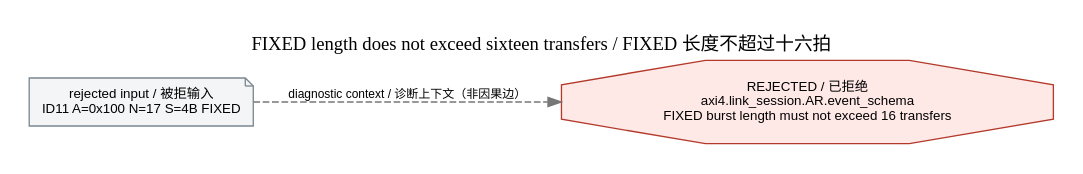
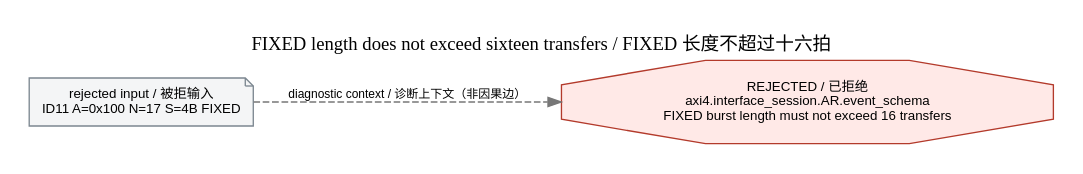
Before and after one commit to WhiteDeerPro/PROTOCOL_MODEL: the diagram in showcase/generated/axi4/sources/cases/read-fixed-seventeen-illegal/causality.dot, drawn with Graphviz. The commit also changed 755 other files, not shown here.

```diff
--- a/showcase/generated/axi4/sources/cases/read-fixed-seventeen-illegal/causality.dot
+++ b/showcase/generated/axi4/sources/cases/read-fixed-seventeen-illegal/causality.dot
@@ -1,11 +1,11 @@
 digraph axi4_case {
   rankdir=LR;
   label="FIXED length does not exceed sixteen transfers / FIXED 长度不超过十六拍";
   labelloc="t";
   graph [bgcolor="white", nodesep=0.4, ranksep=0.65, splines=polyline, pad=0.2];
   node [shape=box, style="rounded,filled", fillcolor="#eef5ff", color="#3169a8", fontname="sans-serif", fontsize=10];
   edge [color="#3169a8", fontname="sans-serif", fontsize=9];
   context [shape=note, style="filled", fillcolor="#f4f5f6", color="#7c8790", label="rejected input / 被拒输入\nID11 A=0x100 N=17 S=4B FIXED"];
-  fault [shape=octagon, style="filled", fillcolor="#ffe9e7", color="#b33a2b", label="REJECTED / 已拒绝\naxi4.link_session.AR.event_schema\nFIXED burst length must not exceed 16 transfers"];
+  fault [shape=octagon, style="filled", fillcolor="#ffe9e7", color="#b33a2b", label="REJECTED / 已拒绝\naxi4.interface_session.AR.event_schema\nFIXED burst length must not exceed 16 transfers"];
   context -> fault [style=dashed, color="#777777", label="diagnostic context / 诊断上下文（非因果边）"];
 }
```
